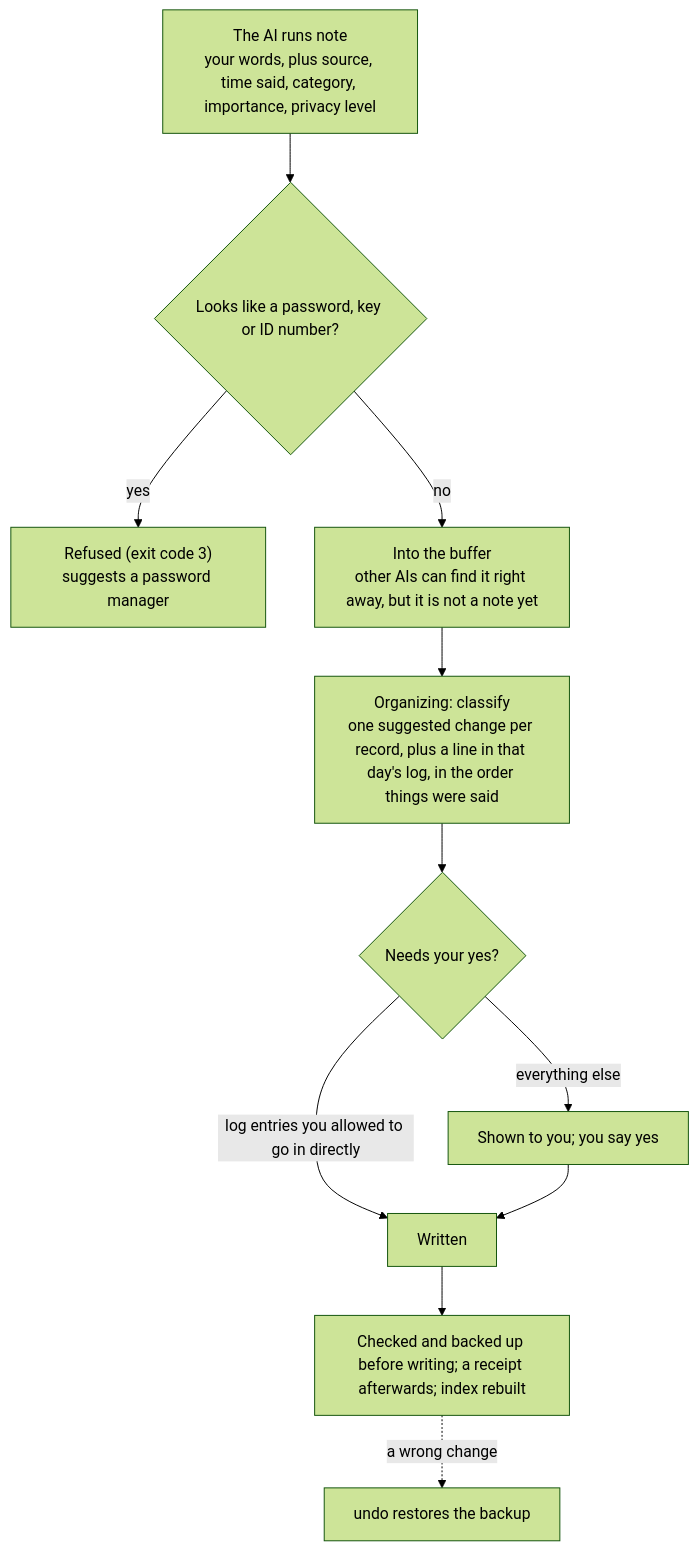
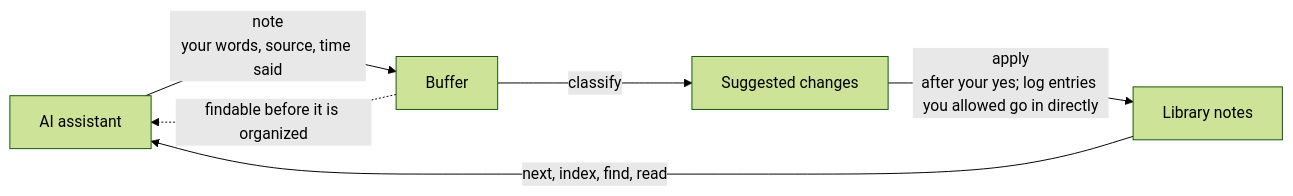
Before and after one commit to mingweima/brainlib: the diagram in README.en.md, drawn with Mermaid (forest theme). The commit also changed other lines of this file and 9 other files, not shown here.

Commit message:
v0.2.3: Apache-2.0 with NOTICE, one-diagram How it works section, llms.txt fixes

````diff
--- a/README.en.md
+++ b/README.en.md
@@ -147,12 +122,8 @@
 ```mermaid
-flowchart TD
-    N["The AI runs note<br>your words, plus source, time said, category, importance, privacy level"] --> P{"Looks like a password, key or ID number?"}
-    P -->|"yes"| R["Refused (exit code 3)<br>suggests a password manager"]
-    P -->|"no"| I["Into the buffer<br>other AIs can find it right away, but it is not a note yet"]
-    I --> C["Organizing: classify<br>one suggested change per record, plus a line in that day's log, in the order things were said"]
-    C --> Q{"Needs your yes?"}
-    Q -->|"log entries you allowed to go in directly"| W["Written"]
-    Q -->|"everything else"| ASK["Shown to you; you say yes"] --> W
-    W --> X["Checked and backed up before writing; a receipt afterwards; index rebuilt"]
-    X -.->|"a wrong change"| UN["undo restores the backup"]
+flowchart LR
+    A["AI assistant"] -->|"note<br>your words, source, time said"| I["Buffer"]
+    I -->|"classify"| P["Suggested changes"]
+    P -->|"apply<br>after your yes; log entries you allowed go in directly"| L["Library notes"]
+    L -->|"next, index, find, read"| A
+    I -.->|"findable before it is organized"| A
 ```
````
